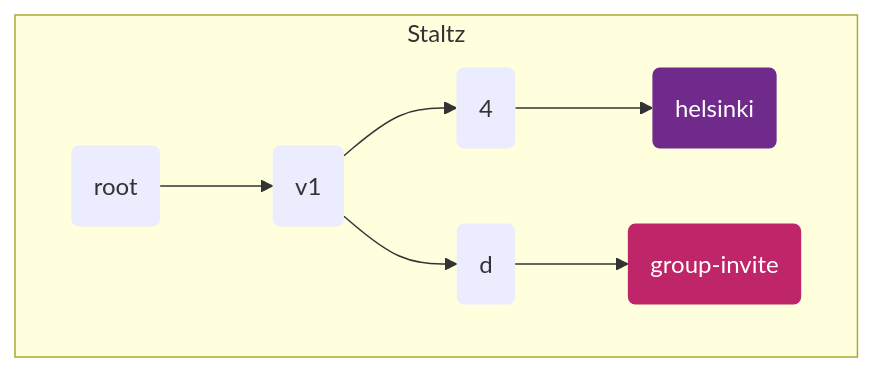
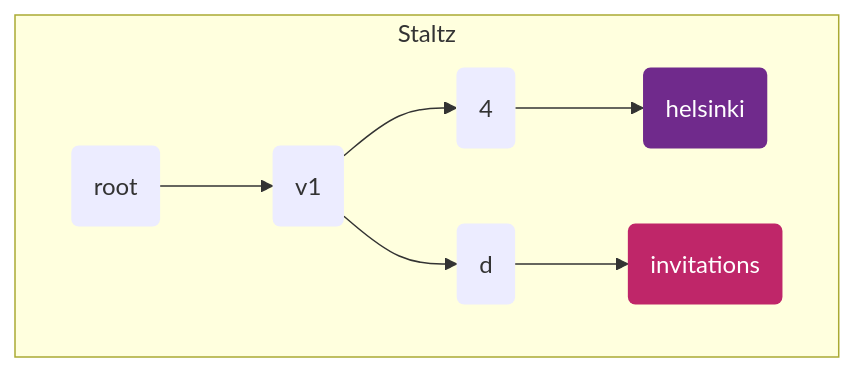
Before and after one commit to ssbc/ssb-meta-feeds-group-spec: the second of 4 diagrams in README.md, drawn with Mermaid. The commit also changed other lines of this file, not shown here.

````diff
--- a/README.md
+++ b/README.md
@@ -128,19 +130,19 @@
 ```mermaid
 graph TB
 
 root(root)
 v1(v1)
 4(4)
 d(d)
-group-invite(group-invite):::groupInvite
+invitations(invitations):::invitationsClass
 helsinki(helsinki):::group
 
 subgraph Staltz
   root --> v1 --> 4 --> helsinki
-           v1 --> d --> group-invite
+           v1 --> d --> invitations
 end
 
 classDef default stroke:none;
-classDef groupInvite fill: #BF2669, stroke:none, color:white;
+classDef invitationsClass fill: #BF2669, stroke:none, color:white;
 classDef group fill: #702A8C, stroke: none, color:white;
 ```
````
